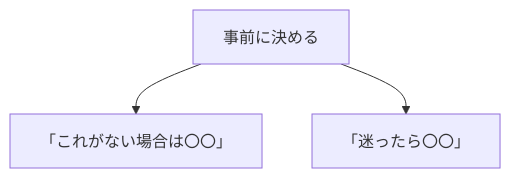
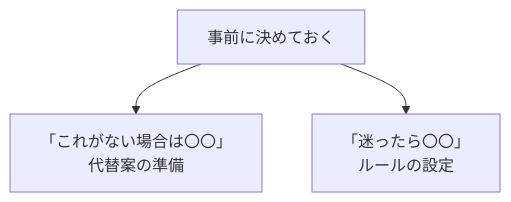
Before and after one commit to tndg16-bot/portfolio-site: the third of 4 diagrams in content/blog/294-choice-minimization-decision-energy.md, drawn with Mermaid. The commit also changed other lines of this file and 19 other files, not shown here.

````diff
--- a/content/blog/294-choice-minimization-decision-energy.md
+++ b/content/blog/294-choice-minimization-decision-energy.md
@@ -61,6 +64,6 @@
 ```mermaid
 graph TD
-    A[事前に決める]
-    A --> B[「これがない場合は〇〇」]
-    A --> C[「迷ったら〇〇」]
+    A[事前に決めておく]
+    A --> B[「これがない場合は〇〇」<br/>代替案の準備]
+    A --> C[「迷ったら〇〇」<br/>ルールの設定]
 ```
````
